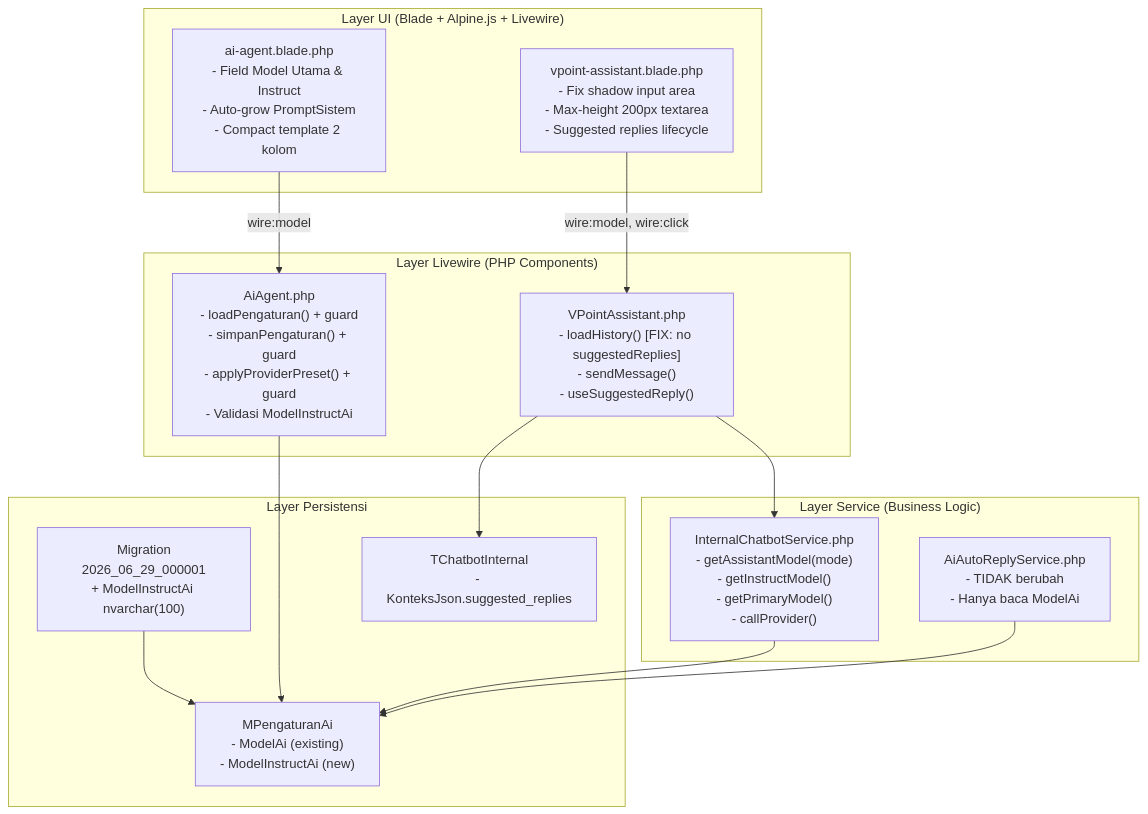
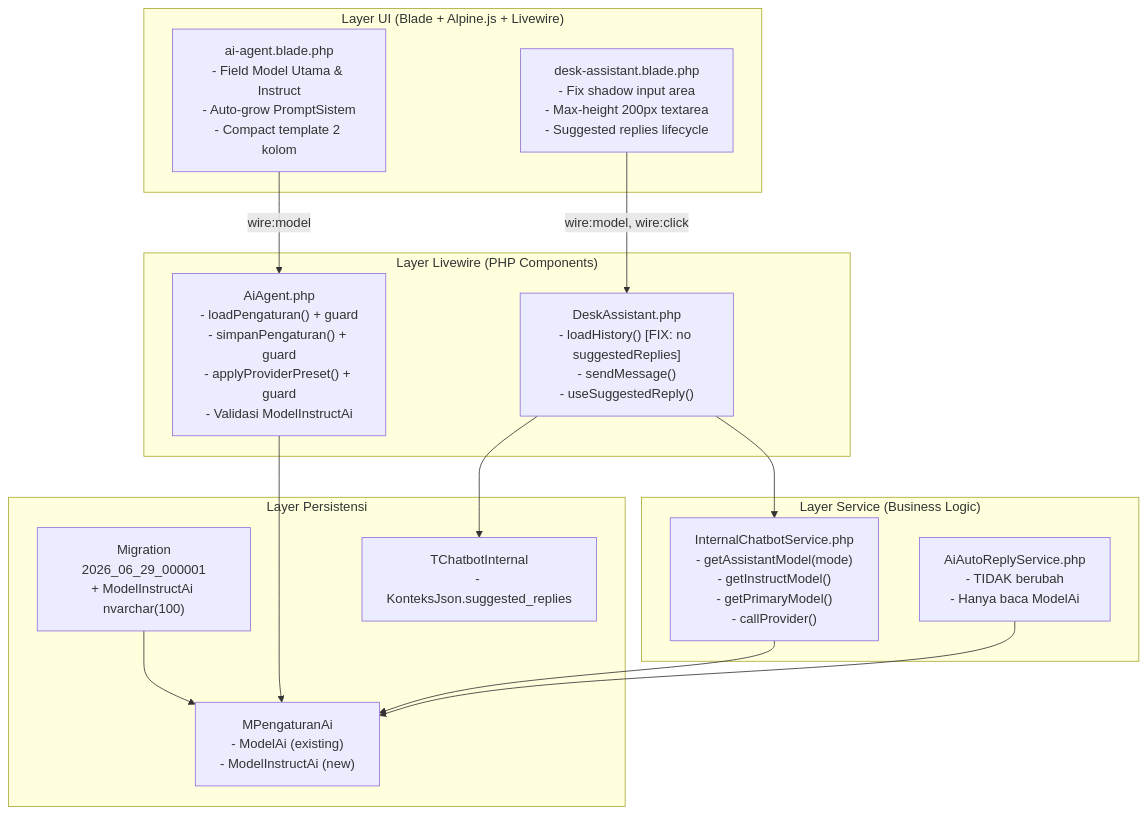
Before and after one commit to mrthx89/vpointcare: the first of 3 diagrams in .kiro/specs/ai-model-instruct-and-ui-improvements/design.md, drawn with Mermaid. The commit also changed other lines of this file and 39 other files, not shown here.

Commit message:
feat: initialize architectural planning docs and specification tasks for new task and ticketing modules

````diff
--- a/.kiro/specs/ai-model-instruct-and-ui-improvements/design.md
+++ b/.kiro/specs/ai-model-instruct-and-ui-improvements/design.md
@@ -113,32 +113,32 @@
 ```mermaid
 graph TB
     subgraph UI["Layer UI (Blade + Alpine.js + Livewire)"]
         AIAGENT["ai-agent.blade.php<br/>- Field Model Utama & Instruct<br/>- Auto-grow PromptSistem<br/>- Compact template 2 kolom"]
-        VPASSIST["vpoint-assistant.blade.php<br/>- Fix shadow input area<br/>- Max-height 200px textarea<br/>- Suggested replies lifecycle"]
+        VPASSIST["desk-assistant.blade.php<br/>- Fix shadow input area<br/>- Max-height 200px textarea<br/>- Suggested replies lifecycle"]
     end
 
     subgraph LIVEWIRE["Layer Livewire (PHP Components)"]
         AIAGENTPHP["AiAgent.php<br/>- loadPengaturan() + guard<br/>- simpanPengaturan() + guard<br/>- applyProviderPreset() + guard<br/>- Validasi ModelInstructAi"]
-        VPASSISTPHP["VPointAssistant.php<br/>- loadHistory() [FIX: no suggestedReplies]<br/>- sendMessage()<br/>- useSuggestedReply()"]
+        VPASSISTPHP["DeskAssistant.php<br/>- loadHistory() [FIX: no suggestedReplies]<br/>- sendMessage()<br/>- useSuggestedReply()"]
     end
 
     subgraph SERVICE["Layer Service (Business Logic)"]
         ICSERVICE["InternalChatbotService.php<br/>- getAssistantModel(mode)<br/>- getInstructModel()<br/>- getPrimaryModel()<br/>- callProvider()"]
         AISERVICE["AiAutoReplyService.php<br/>- TIDAK berubah<br/>- Hanya baca ModelAi"]
     end
 
     subgraph DB["Layer Persistensi"]
         MIGRATION["Migration<br/>2026_06_29_000001<br/>+ ModelInstructAi nvarchar(100)"]
         TABLE["MPengaturanAi<br/>- ModelAi (existing)<br/>- ModelInstructAi (new)"]
         HISTORY["TChatbotInternal<br/>- KonteksJson.suggested_replies"]
     end
 
     AIAGENT -->|wire:model| AIAGENTPHP
     VPASSIST -->|wire:model, wire:click| VPASSISTPHP
     AIAGENTPHP --> TABLE
     VPASSISTPHP --> ICSERVICE
     ICSERVICE --> TABLE
     AISERVICE --> TABLE
     MIGRATION --> TABLE
     VPASSISTPHP --> HISTORY
 ```
````
